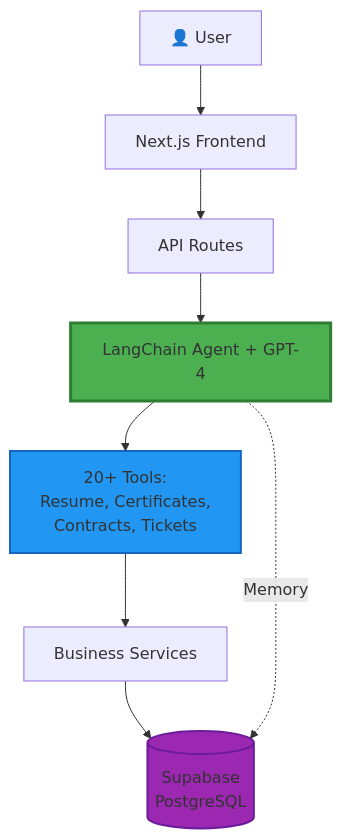
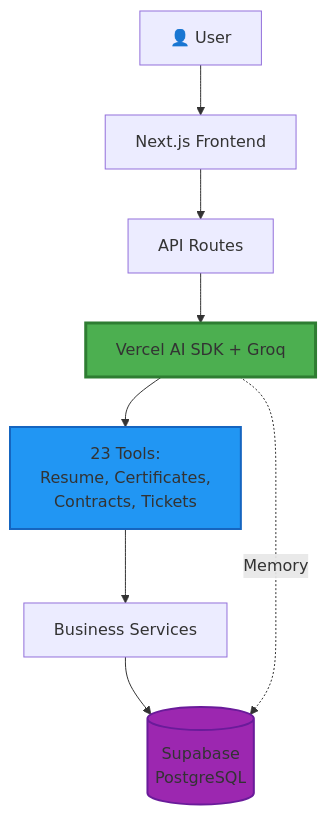
One commit to SaifAlotaibie/AgentX-New changed the third of 7 diagrams in README.md. Above: the diagram before and after it, drawn with Mermaid. The commit also changed other lines of this file and 1 other file, not shown here.

````diff
--- a/README.md
+++ b/README.md
@@ -585,20 +585,20 @@
 ```mermaid
 graph TB
     User["👤 User"] --> Frontend["Next.js Frontend"]
     
     Frontend --> API["API Routes"]
     
-    API --> Agent["LangChain Agent + GPT-4"]
+    API --> Agent["Vercel AI SDK + Groq"]
     
-    Agent --> Tools["20+ Tools:<br/>Resume, Certificates,<br/>Contracts, Tickets"]
+    Agent --> Tools["23 Tools:<br/>Resume, Certificates,<br/>Contracts, Tickets"]
     
     Tools --> Services["Business Services"]
     
     Services --> Database[("Supabase<br/>PostgreSQL")]
     
     Agent -.->|Memory| Database
     
     style Agent fill:#4CAF50,stroke:#2E7D32,stroke-width:3px
     style Tools fill:#2196F3,stroke:#1565C0,stroke-width:2px
     style Database fill:#9C27B0,stroke:#6A1B9A,stroke-width:2px
 ```
````
